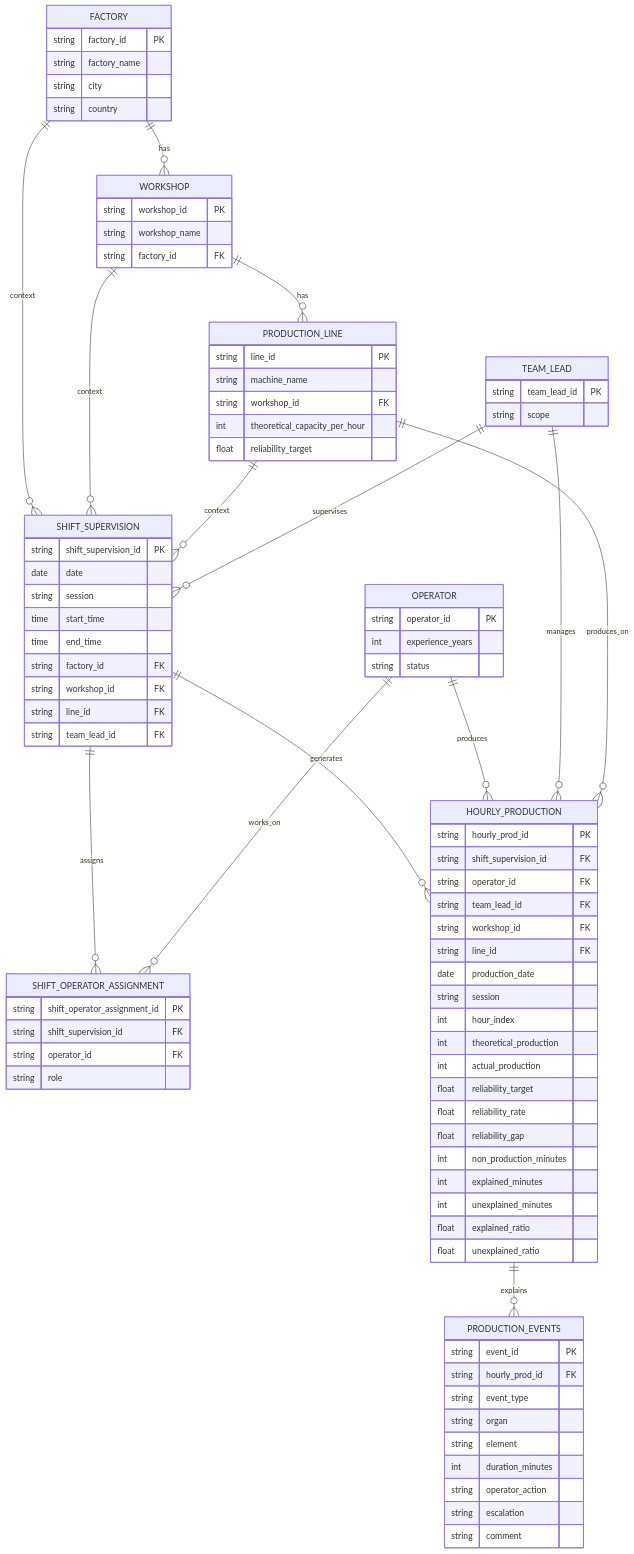
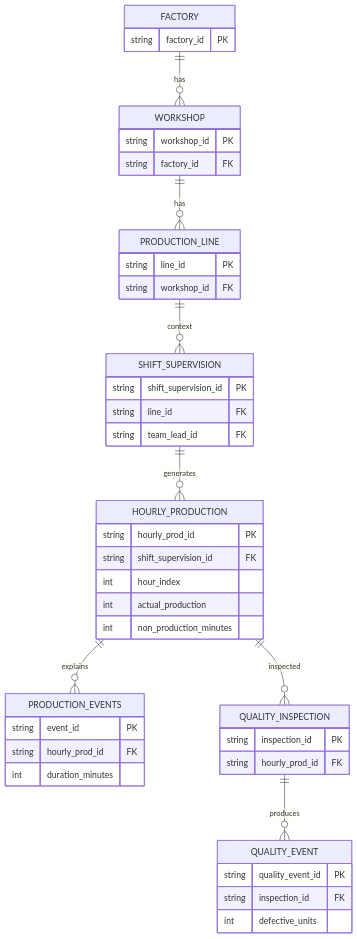
Before and after one commit to mounkaila-issoufou/industrial-downtime-analytics: the diagram in docs/data_model.md, drawn with Mermaid. The commit also changed other lines of this file and 1 other file, not shown here.

````diff
--- a/docs/data_model.md
+++ b/docs/data_model.md
@@ -66,107 +102,56 @@
 ```mermaid
-
 erDiagram
 
     FACTORY {
         string factory_id PK
-        string factory_name
-        string city
-        string country
     }
 
     WORKSHOP {
         string workshop_id PK
-        string workshop_name
         string factory_id FK
     }
 
     PRODUCTION_LINE {
         string line_id PK
-        string machine_name
         string workshop_id FK
-        int theoretical_capacity_per_hour
-        float reliability_target
-    }
-
-    OPERATOR {
-        string operator_id PK
-        int experience_years
-        string status
-    }
-
-    TEAM_LEAD {
-        string team_lead_id PK
-        string scope
     }
 
     SHIFT_SUPERVISION {
         string shift_supervision_id PK
-        date date
-        string session
-        time start_time
-        time end_time
-        string factory_id FK
-        string workshop_id FK
         string line_id FK
         string team_lead_id FK
-    }
-
-    SHIFT_OPERATOR_ASSIGNMENT {
-        string shift_operator_assignment_id PK
-        string shift_supervision_id FK
-        string operator_id FK
-        string role
     }
 
     HOURLY_PRODUCTION {
         string hourly_prod_id PK
         string shift_supervision_id FK
-        string operator_id FK
-        string team_lead_id FK
-        string workshop_id FK
-        string line_id FK
-        date production_date
-        string session
         int hour_index
-        int theoretical_production
         int actual_production
-        float reliability_target
-        float reliability_rate
-        float reliability_gap
         int non_production_minutes
-        int explained_minutes
-        int unexplained_minutes
-        float explained_ratio
-        float unexplained_ratio
     }
 
     PRODUCTION_EVENTS {
         string event_id PK
         string hourly_prod_id FK
-        string event_type
-        string organ
-        string element
         int duration_minutes
-        string operator_action
-        string escalation
-        string comment
+    }
+
+    QUALITY_INSPECTION {
+        string inspection_id PK
+        string hourly_prod_id FK
+    }
+
+    QUALITY_EVENT {
+        string quality_event_id PK
+        string inspection_id FK
+        int defective_units
     }
 
     FACTORY ||--o{ WORKSHOP : has
     WORKSHOP ||--o{ PRODUCTION_LINE : has
-
-    FACTORY ||--o{ SHIFT_SUPERVISION : context
-    WORKSHOP ||--o{ SHIFT_SUPERVISION : context
     PRODUCTION_LINE ||--o{ SHIFT_SUPERVISION : context
-    TEAM_LEAD ||--o{ SHIFT_SUPERVISION : supervises
-
-    SHIFT_SUPERVISION ||--o{ SHIFT_OPERATOR_ASSIGNMENT : assigns
-    OPERATOR ||--o{ SHIFT_OPERATOR_ASSIGNMENT : works_on
-
     SHIFT_SUPERVISION ||--o{ HOURLY_PRODUCTION : generates
-    OPERATOR ||--o{ HOURLY_PRODUCTION : produces
-    TEAM_LEAD ||--o{ HOURLY_PRODUCTION : manages
-    PRODUCTION_LINE ||--o{ HOURLY_PRODUCTION : produces_on
-
     HOURLY_PRODUCTION ||--o{ PRODUCTION_EVENTS : explains
+    HOURLY_PRODUCTION ||--o{ QUALITY_INSPECTION : inspected
+    QUALITY_INSPECTION ||--o{ QUALITY_EVENT : produces
 ```
````
